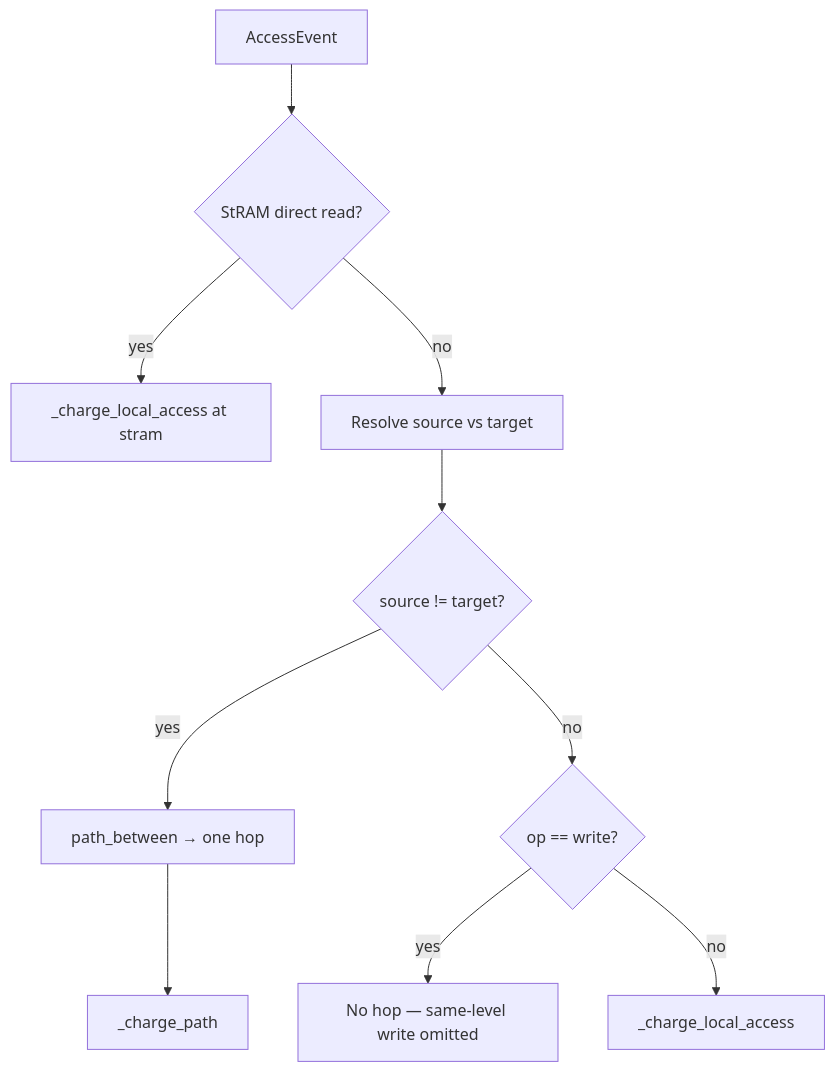
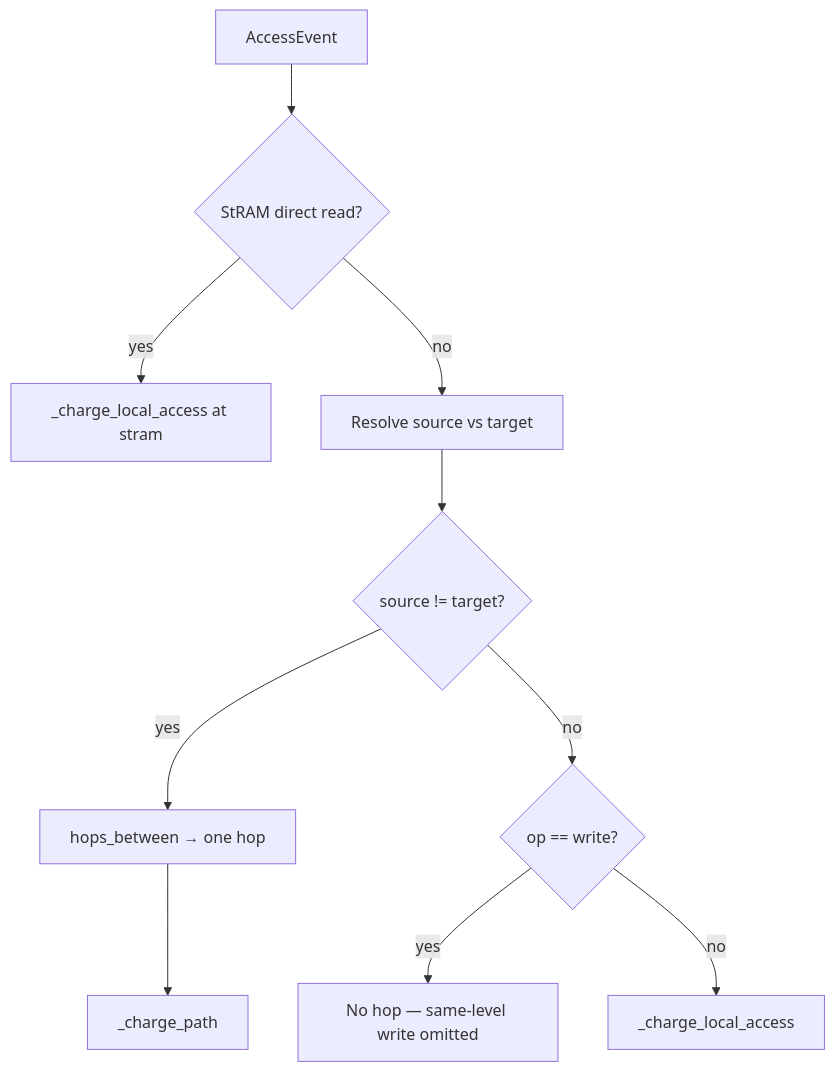
Before and after one commit to arinashah30/EE392C: the diagram in docs/cost-model/01-hops.md, drawn with Mermaid. The commit also changed other lines of this file and 29 other files, not shown here.

````diff
--- a/docs/cost-model/01-hops.md
+++ b/docs/cost-model/01-hops.md
@@ -11,12 +11,12 @@
 ```mermaid
 flowchart TD
     E[AccessEvent] --> STRAM{StRAM direct read?}
     STRAM -->|yes| LOCAL1[_charge_local_access at stram]
     STRAM -->|no| SRC[Resolve source vs target]
     SRC --> CMP{source != target?}
-    CMP -->|yes| PATH[path_between → one hop]
+    CMP -->|yes| PATH[hops_between → one hop]
     CMP -->|no| WRITE{op == write?}
     PATH --> CHARGE[_charge_path]
     WRITE -->|yes| SKIP[No hop — same-level write omitted]
     WRITE -->|no| LOCAL2[_charge_local_access]
 ```
````
